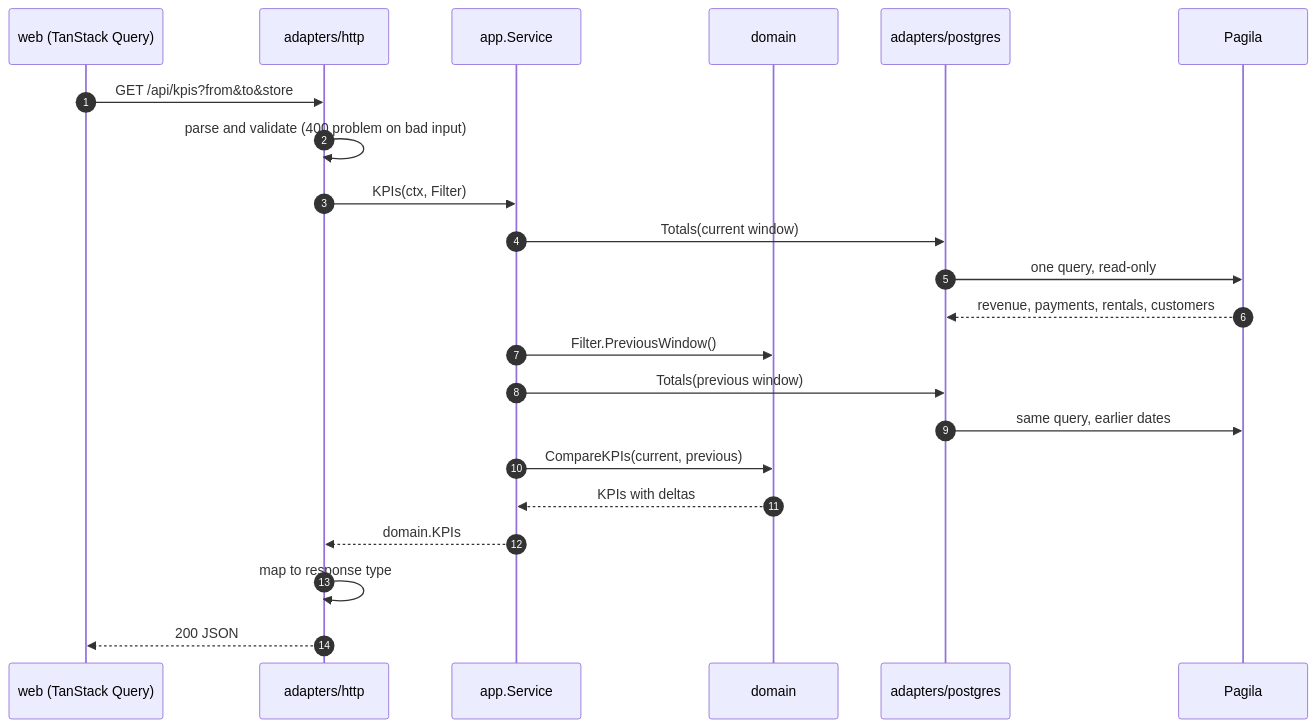
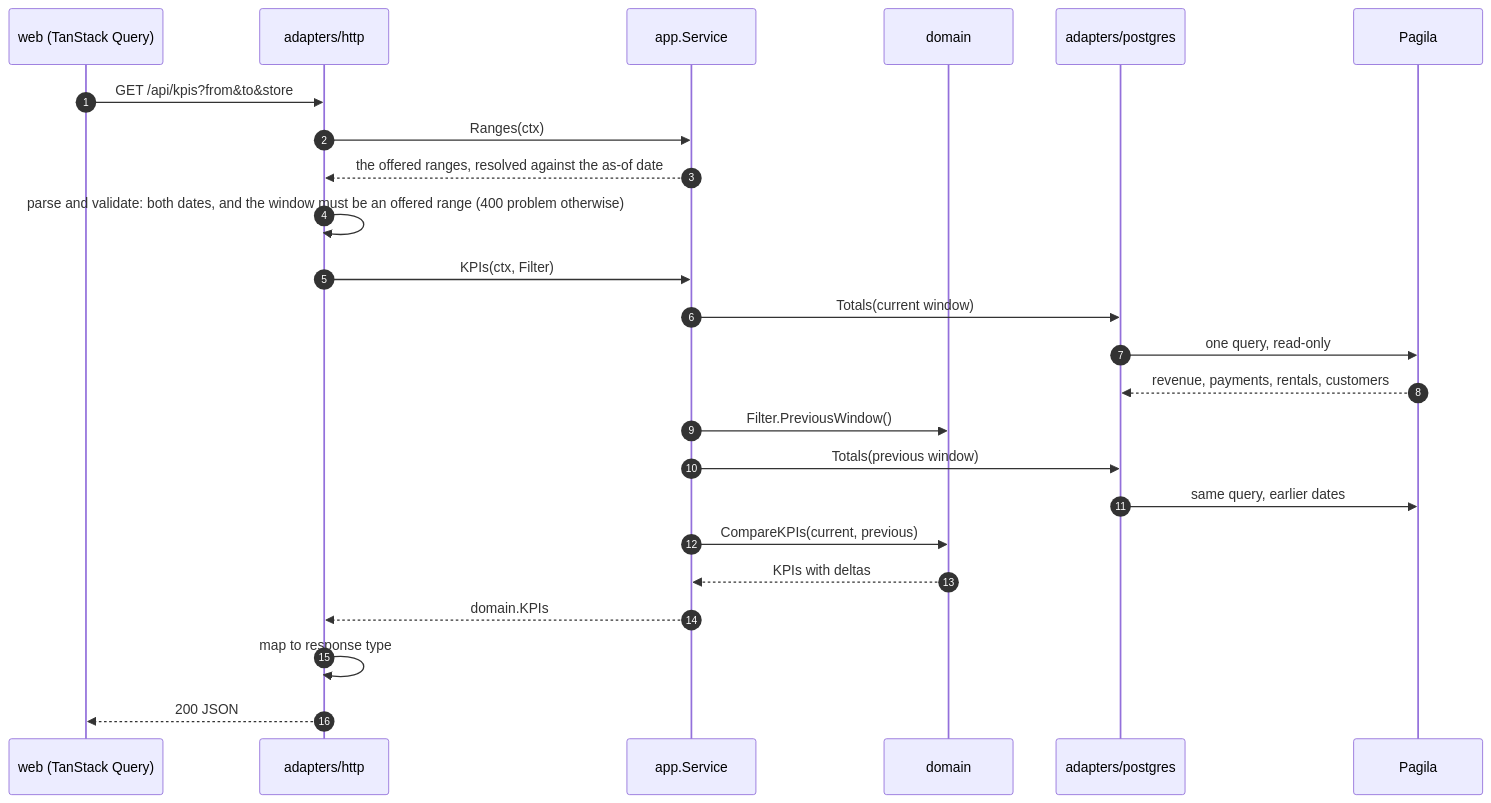
The fourth of 7 diagrams in README.md (SangNguyen2810/store-operation), drawn with Mermaid before and after one commit. The commit also changed other lines of this file and 98 other files, not shown here.

````diff
--- a/README.md
+++ b/README.md
@@ -684,25 +752,27 @@
 ```mermaid
 sequenceDiagram
     autonumber
     participant W as web (TanStack Query)
     participant H as adapters/http
     participant A as app.Service
     participant D as domain
     participant P as adapters/postgres
     participant DB as Pagila
 
     W->>H: GET /api/kpis?from&to&store
-    H->>H: parse and validate (400 problem on bad input)
+    H->>A: Ranges(ctx)
+    A-->>H: the offered ranges, resolved against the as-of date
+    H->>H: parse and validate: both dates, and the window must be an offered range (400 problem otherwise)
     H->>A: KPIs(ctx, Filter)
     A->>P: Totals(current window)
     P->>DB: one query, read-only
     DB-->>P: revenue, payments, rentals, customers
     A->>D: Filter.PreviousWindow()
     A->>P: Totals(previous window)
     P->>DB: same query, earlier dates
     A->>D: CompareKPIs(current, previous)
     D-->>A: KPIs with deltas
     A-->>H: domain.KPIs
     H->>H: map to response type
     H-->>W: 200 JSON
 ```
````
